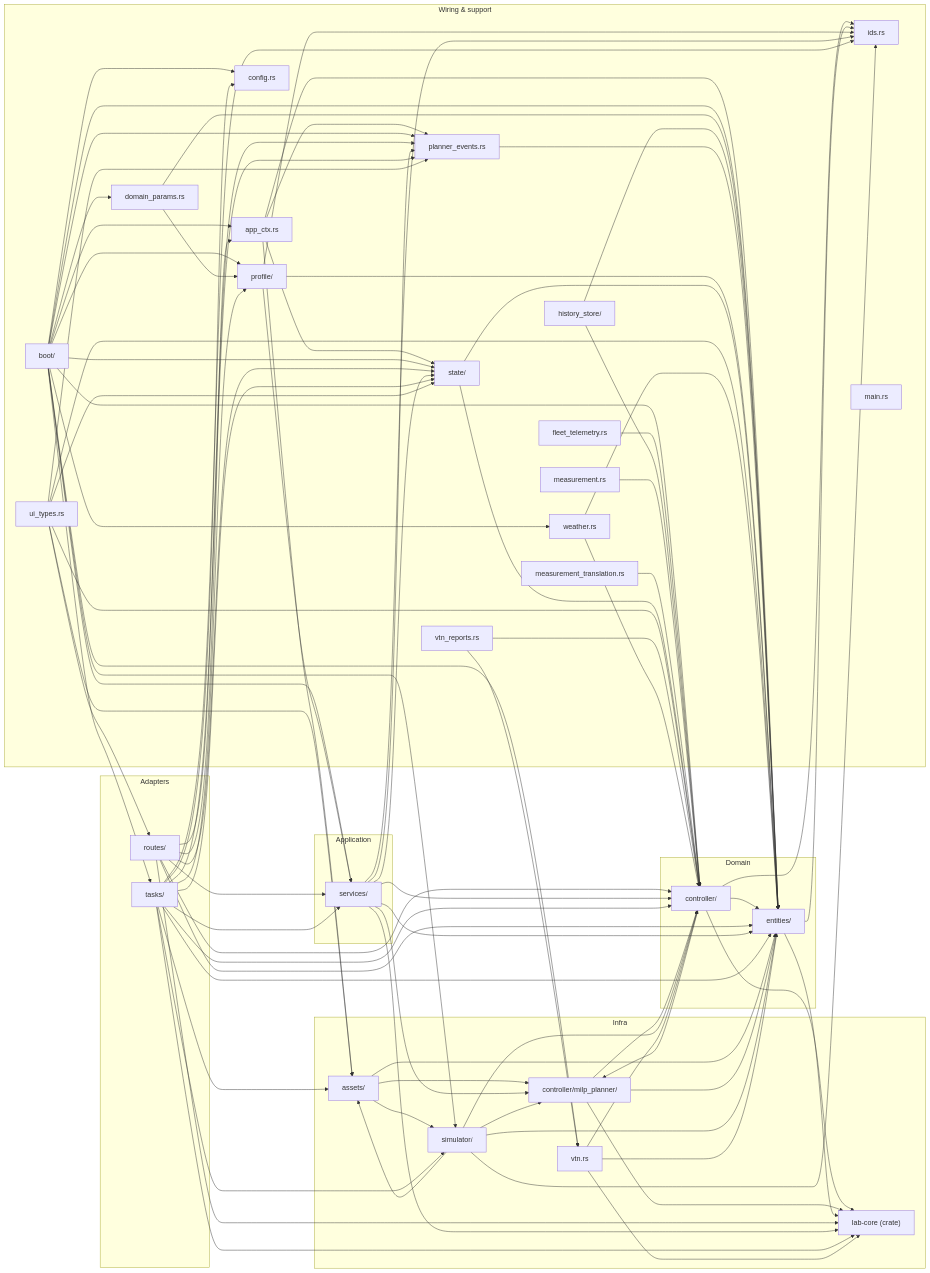
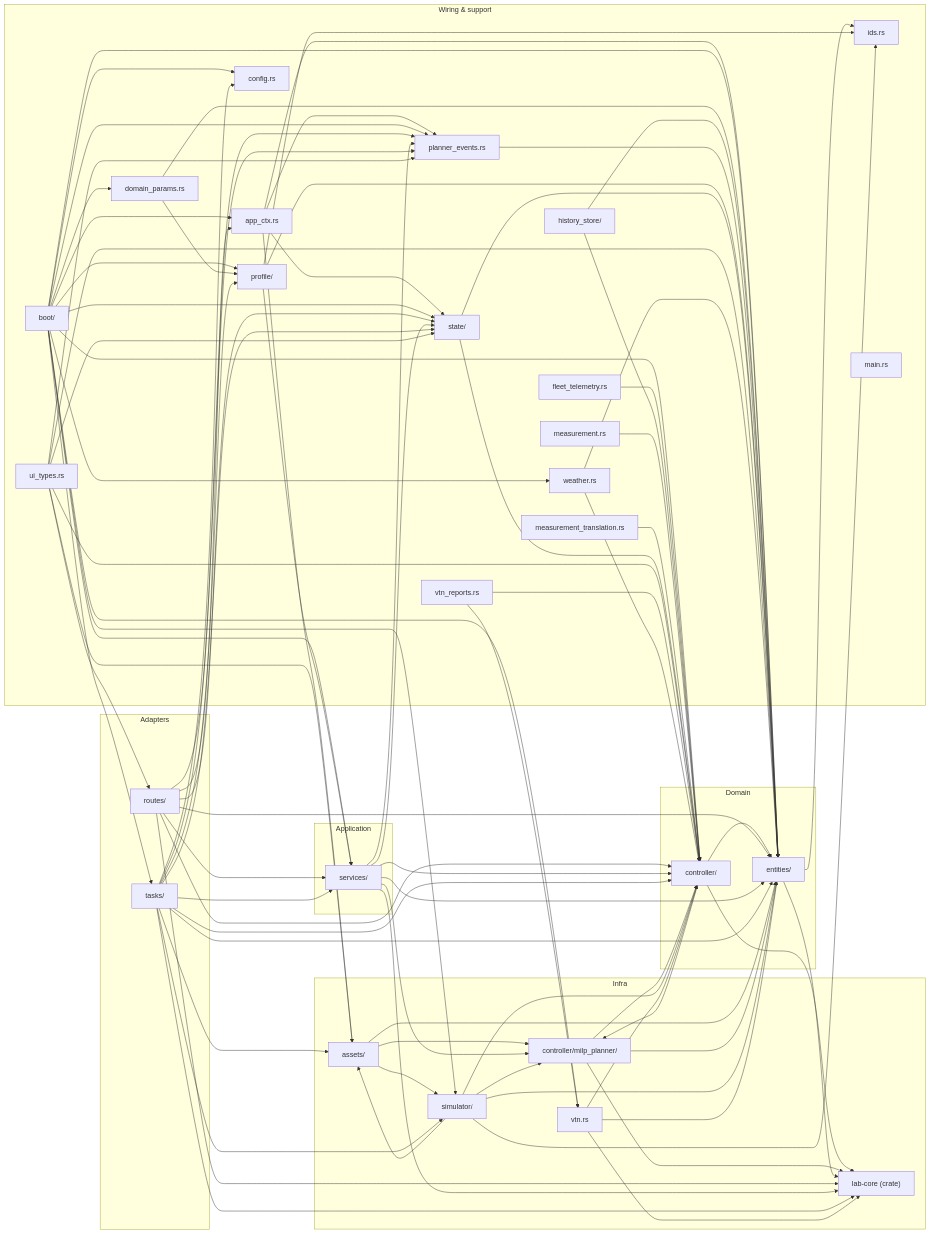
The second of 2 diagrams in docs/architecture/module_dependency_graph.md (TinkerPhu/OpenAdr-Lab), drawn with Mermaid before and after one commit. The commit also changed 65 other files, not shown here.

```diff
--- a/docs/architecture/module_dependency_graph.md
+++ b/docs/architecture/module_dependency_graph.md
@@ -241,7 +241,6 @@
   M_boot --> M_weather
   M_controller --> M_controller_milp_planner
   M_controller --> M_entities
-  M_controller --> M_ids
   M_controller --> M_lab_core
   M_controller_milp_planner --> M_controller
   M_controller_milp_planner --> M_entities
@@ -269,7 +268,6 @@
   M_services --> M_controller
   M_services --> M_controller_milp_planner
   M_services --> M_entities
-  M_services --> M_ids
   M_services --> M_lab_core
   M_services --> M_planner_events
   M_services --> M_state
@@ -284,7 +282,6 @@
   M_tasks --> M_config
   M_tasks --> M_controller
   M_tasks --> M_entities
-  M_tasks --> M_ids
   M_tasks --> M_lab_core
   M_tasks --> M_planner_events
   M_tasks --> M_profile
```
